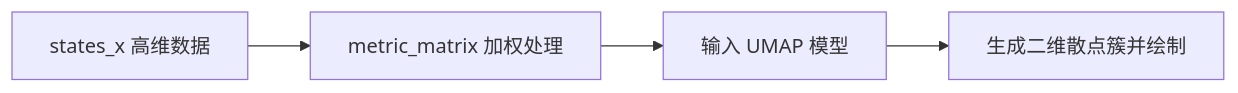
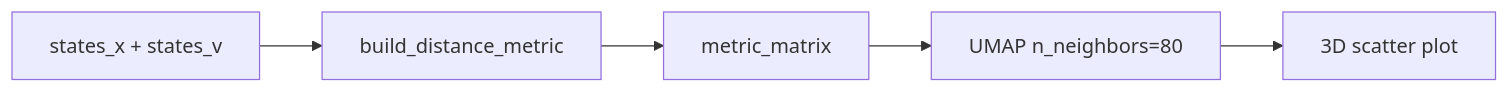
Before and after one commit to EvihGraphics/AnimationTech-HTC: the fifth of 10 diagrams in docs/blog/AnimationPapers/motion_fields_for_interactive_character_animation/README.md, drawn with Mermaid. The commit also changed other lines of this file and 6 other files, not shown here.

````diff
--- a/docs/blog/AnimationPapers/motion_fields_for_interactive_character_animation/README.md
+++ b/docs/blog/AnimationPapers/motion_fields_for_interactive_character_animation/README.md
@@ -110,6 +133,7 @@
 ```mermaid
 flowchart LR
-    A[states_x 高维数据] --> B[metric_matrix 加权处理]
-    B --> C[输入 UMAP 模型]
-    C --> D[生成二维散点簇并绘制]
+    A[states_x + states_v] --> B[build_distance_metric]
+    B --> C[metric_matrix]
+    C --> D[UMAP n_neighbors=80]
+    D --> E[3D scatter plot]
 ```
````
